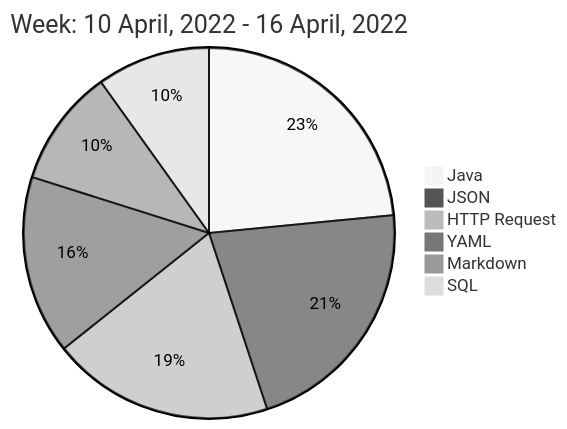
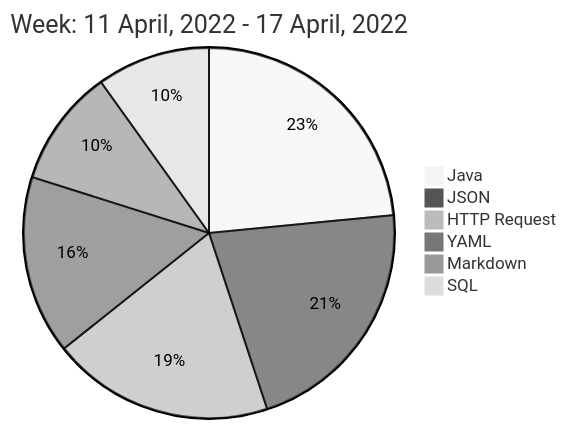
The diagram in README.md (liubin95/liubin95), drawn with Mermaid (neutral theme) before and after one commit.

Commit message:
Updated the Graph with new Metrics

````diff
--- a/README.md
+++ b/README.md
@@ -40,10 +40,10 @@
 ```mermaid
  pie
-title Week: 10 April, 2022 - 16 April, 2022
+title Week: 11 April, 2022 - 17 April, 2022
  "Java" : 5.27
  "JSON" : 4.82
  "HTTP Request" : 4.35
  "YAML" : 3.5
  "Markdown" : 2.3
  "SQL" : 2.22
 ```
````
